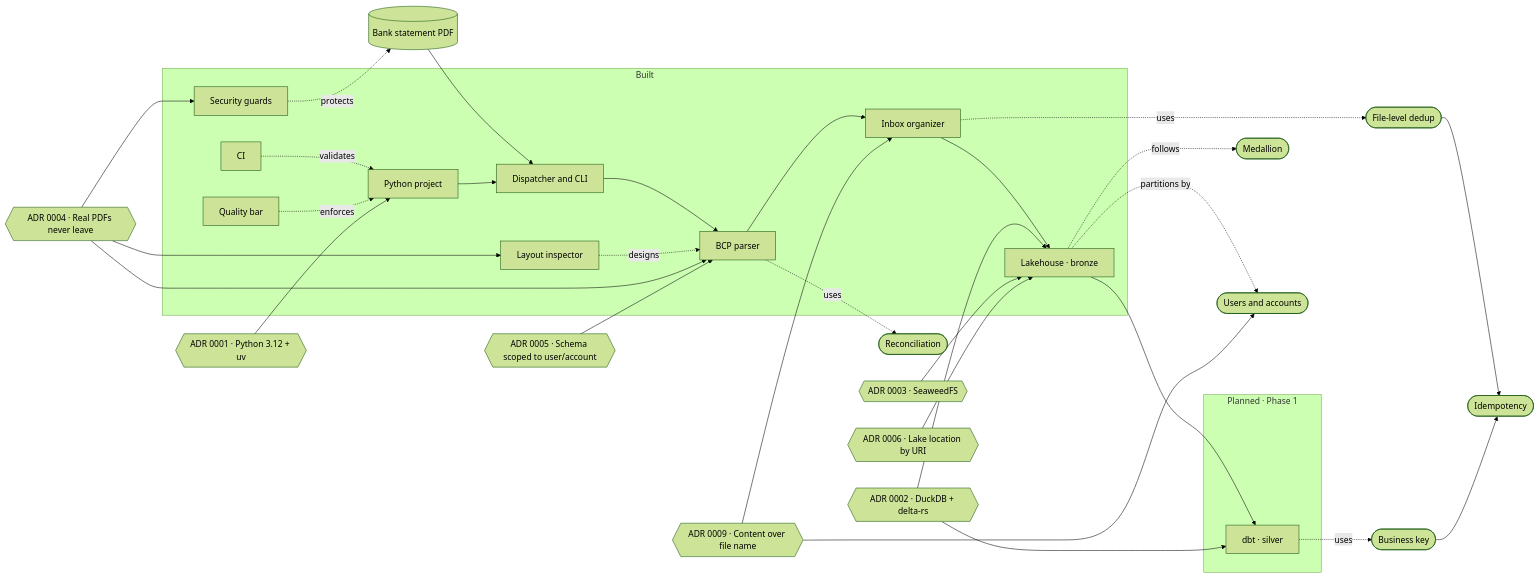
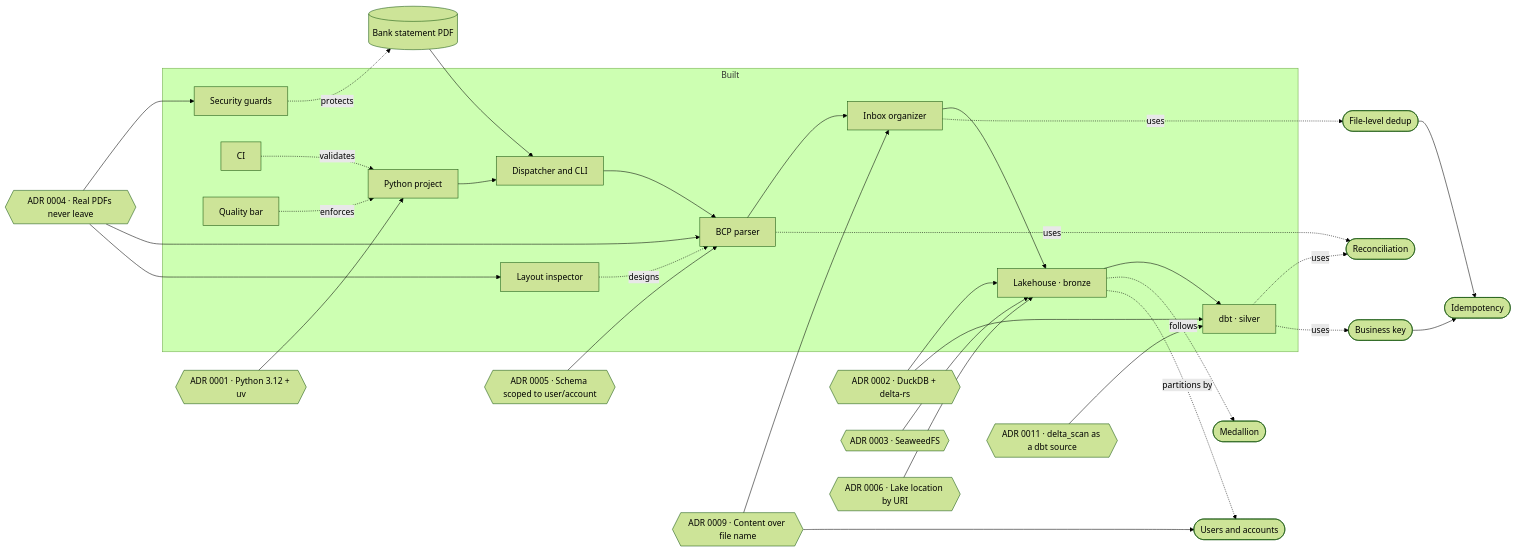
Before and after one commit to PieroRios2000/personal-finance-platform: the diagram in brain/README.md, drawn with Mermaid (forest theme). The commit also changed other lines of this file and 7 other files, not shown here.

````diff
--- a/brain/README.md
+++ b/brain/README.md
@@ -12,47 +12,46 @@
 ```mermaid
 flowchart LR
     PDF[("Bank statement PDF")]
 
     subgraph built["Built"]
         GS["Security guards"]
         PY["Python project"]
         CI["CI"]
         INS["Layout inspector"]
         CAL["Quality bar"]
         CLID["Dispatcher and CLI"]
         BCP["BCP parser"]
         ORG["Inbox organizer"]
         LAKE["Lakehouse · bronze"]
-    end
-
-    subgraph planned["Planned · Phase 1"]
         DBT["dbt · silver"]
     end
 
     PDF --> CLID --> BCP --> ORG --> LAKE --> DBT
     PY --> CLID
     CI -. validates .-> PY
     GS -. protects .-> PDF
     INS -. designs .-> BCP
     CAL -. enforces .-> PY
 
     BCP -. uses .-> REC(["Reconciliation"])
     ORG -. uses .-> DED(["File-level dedup"])
     LAKE -. follows .-> MED(["Medallion"])
     LAKE -. partitions by .-> UA(["Users and accounts"])
+    DBT -. uses .-> REC
     DBT -. uses .-> BK(["Business key"])
     DED --> IDE(["Idempotency"])
     BK --> IDE
 
     A1{{"ADR 0001 · Python 3.12 + uv"}} --> PY
     A2{{"ADR 0002 · DuckDB + delta-rs"}} --> LAKE
     A2 --> DBT
     A3{{"ADR 0003 · SeaweedFS"}} --> LAKE
     A4{{"ADR 0004 · Real PDFs never leave"}} --> GS
     A4 --> BCP
     A4 --> INS
     A5{{"ADR 0005 · Schema scoped to user/account"}} --> BCP
     A6{{"ADR 0006 · Lake location by URI"}} --> LAKE
     A9{{"ADR 0009 · Content over file name"}} --> ORG
     A9 --> UA
+    A11{{"ADR 0011 · delta_scan as a dbt source"}} --> DBT
 ```
````
